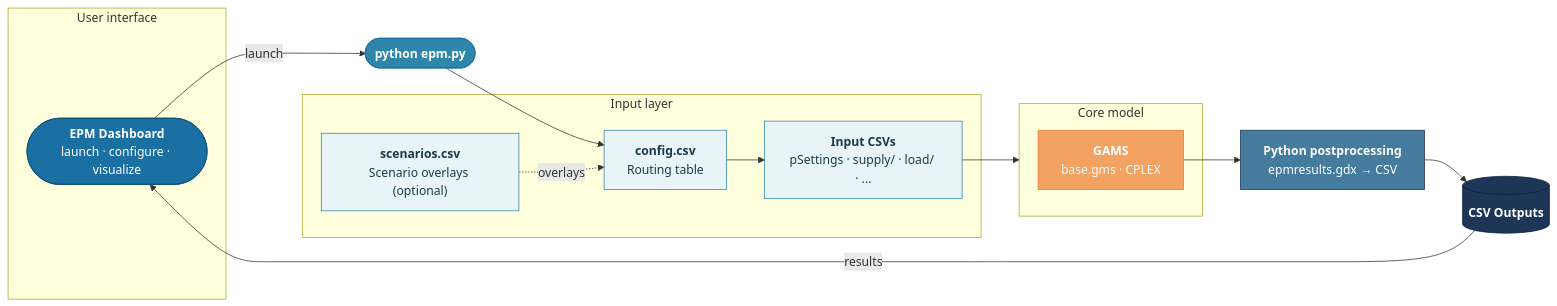
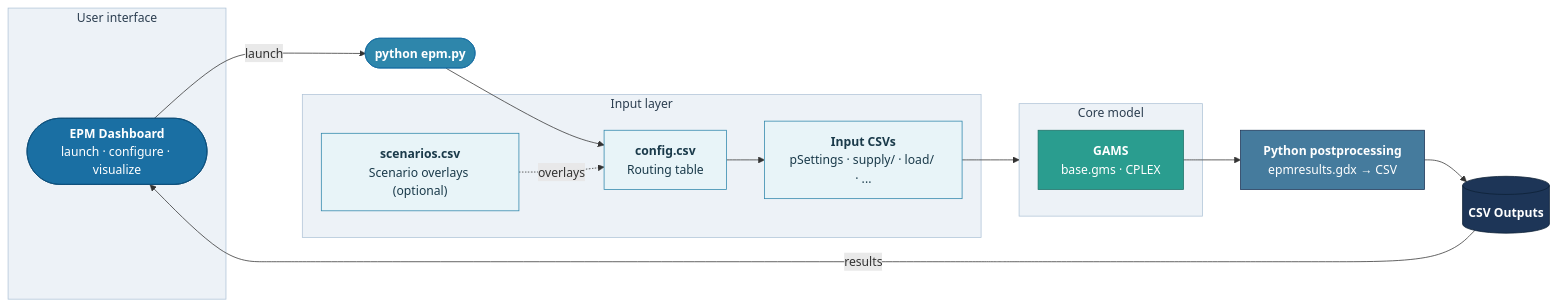
The diagram in docs/introduction/tempo.md (ESMAP-World-Bank-Group/EPM), drawn with Mermaid before and after one commit.

````diff
--- a/docs/introduction/tempo.md
+++ b/docs/introduction/tempo.md
@@ -3,44 +3,48 @@
 ```mermaid
 flowchart LR
     subgraph ui ["User interface"]
         DASH(["<b>EPM Dashboard</b>\nlaunch · configure · visualize"])
     end
 
     CLI(["<b>python epm.py</b>"])
 
     subgraph inputs ["Input layer"]
         CONFIG["<b>config.csv</b>\nRouting table"]
         SCEN["<b>scenarios.csv</b>\nScenario overlays (optional)"]
         CSV["<b>Input CSVs</b>\npSettings · supply/ · load/ · ..."]
     end
 
     subgraph core ["Core model"]
         GAMS["<b>GAMS</b>\nbase.gms · CPLEX"]
     end
 
     POST["<b>Python postprocessing</b>\nepmresults.gdx → CSV"]
     OUT[("<b>CSV Outputs</b>")]
 
     DASH -->|launch| CLI
     CLI --> CONFIG
     SCEN -.->|overlays| CONFIG
     CONFIG --> CSV
     CSV --> core
     GAMS --> POST
     POST --> OUT
     OUT -->|results| DASH
 
-    classDef dashboard fill:#1a6fa3,stroke:#0d4f7a,color:#fff,rx:8
+    classDef dashboard fill:#1a6fa3,stroke:#0d4f7a,color:#fff
     classDef cli fill:#2e86ab,stroke:#1a6fa3,color:#fff
     classDef inputNode fill:#e8f4f8,stroke:#2e86ab,color:#1a3a4a
-    classDef coreNode fill:#f4a261,stroke:#e07d3a,color:#fff
+    classDef coreNode fill:#2a9d8f,stroke:#1f7268,color:#fff
     classDef postNode fill:#457b9d,stroke:#1d3557,color:#fff
     classDef outNode fill:#1d3557,stroke:#0d2035,color:#fff
 
     class DASH dashboard
     class CLI cli
     class CONFIG,SCEN,CSV inputNode
     class GAMS coreNode
     class POST postNode
     class OUT outNode
+
+    style ui fill:#edf2f7,stroke:#b0c4d8,color:#2c3e50
+    style inputs fill:#edf2f7,stroke:#b0c4d8,color:#2c3e50
+    style core fill:#edf2f7,stroke:#b0c4d8,color:#2c3e50
 ```
````
